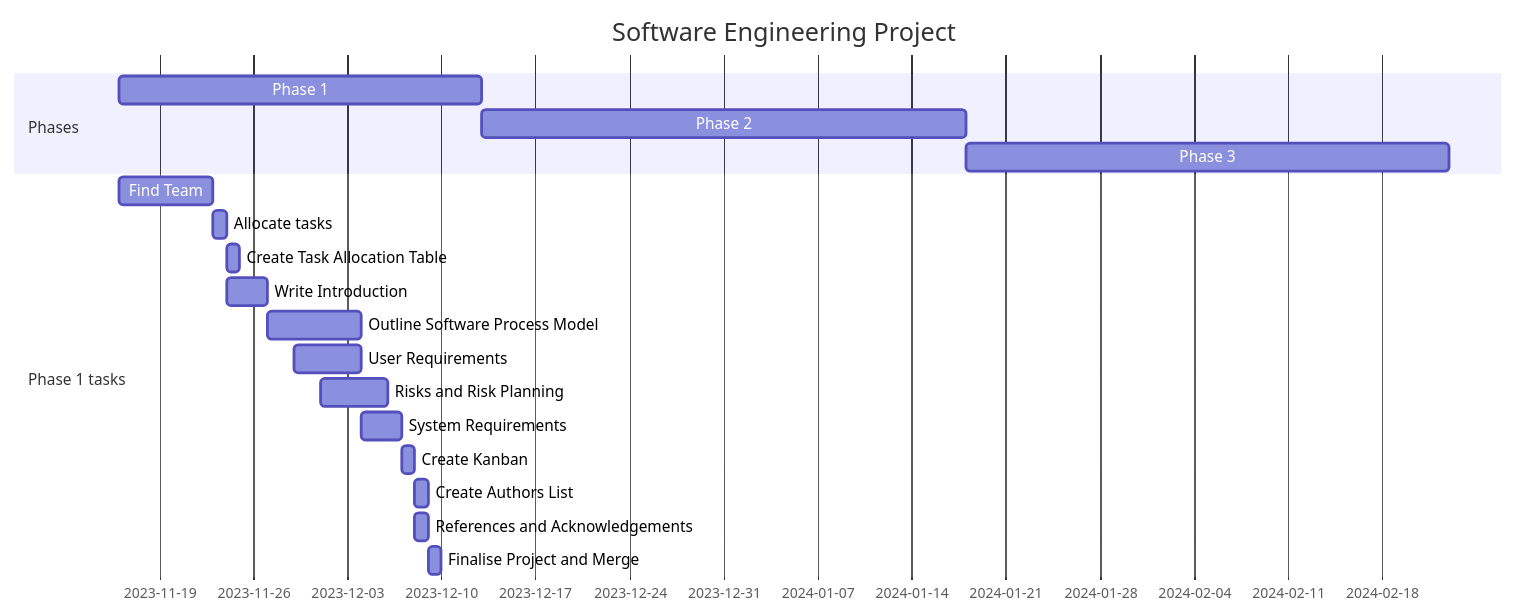
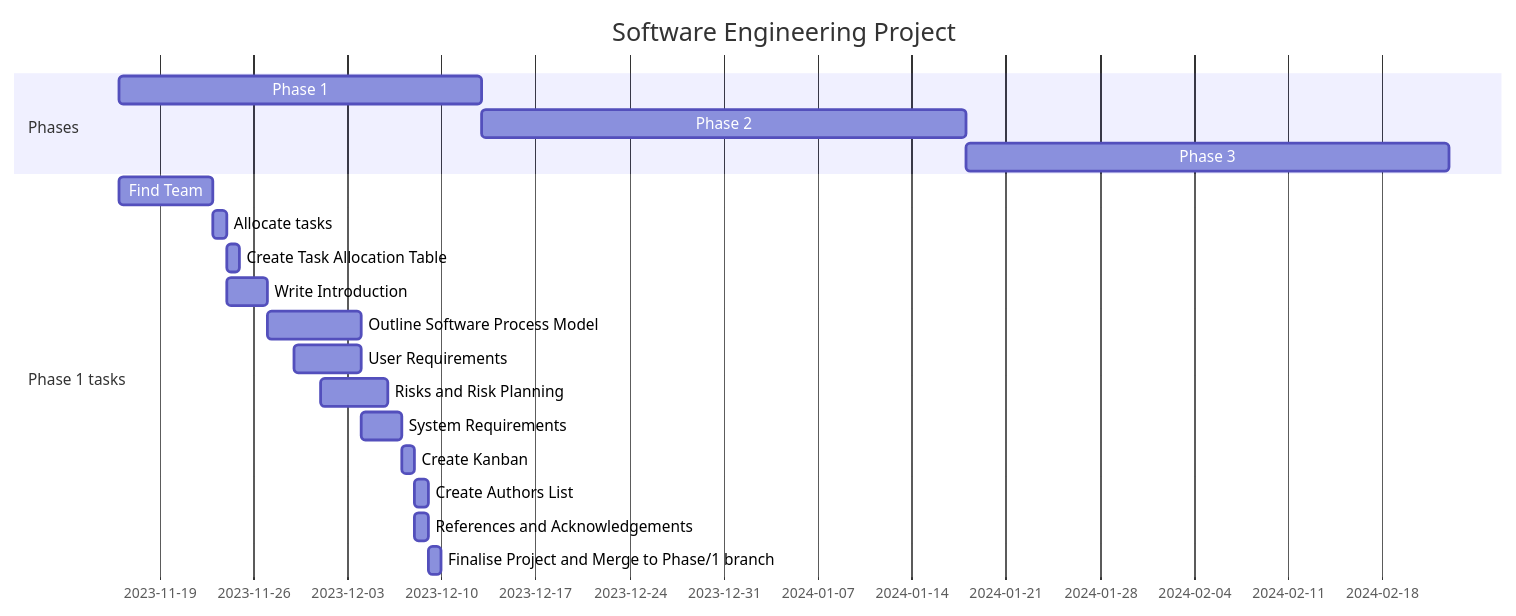
Before and after one commit to UniOfGreenwich/softwareproject_-team3: the diagram in README.md, drawn with Mermaid. The commit also changed other lines of this file, not shown here.

````diff
--- a/README.md
+++ b/README.md
@@ -4,23 +7,23 @@
 ```mermaid
 gantt
 title Software Engineering Project
 dateFormat DD-MM-YYYY
 section Phases
 Phase 1:2023-11-16,27d
 Phase 2:phase2,2023-12-13,36d
 Phase 3:after phase2,36d
 
 section Phase 1 tasks
 Find Team:a1,2023-11-16,7d
 Allocate tasks:a2,2023-11-23,1d
 Create Task Allocation Table:after a2,1d
 Write Introduction:a3,2023-11-24,3d
 Outline Software Process Model:after a3,7d
 User Requirements:2023-11-29,5d
 Risks and Risk Planning:2023-12-1,5d
 System Requirements:2023-12-4,3d
 Create Kanban:2023-12-07,1d
 Create Authors List:2023-12-08,1d
 References and Acknowledgements:a4,2023-12-08,1d
-Finalise Project and Merge:after a4,1d
+Finalise Project and Merge to Phase/1 branch:after a4,1d
 ```
````
